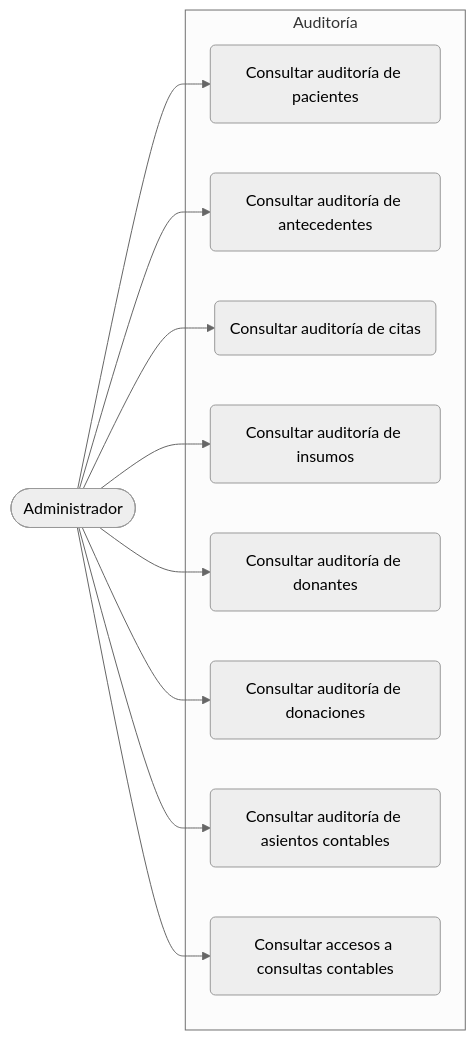
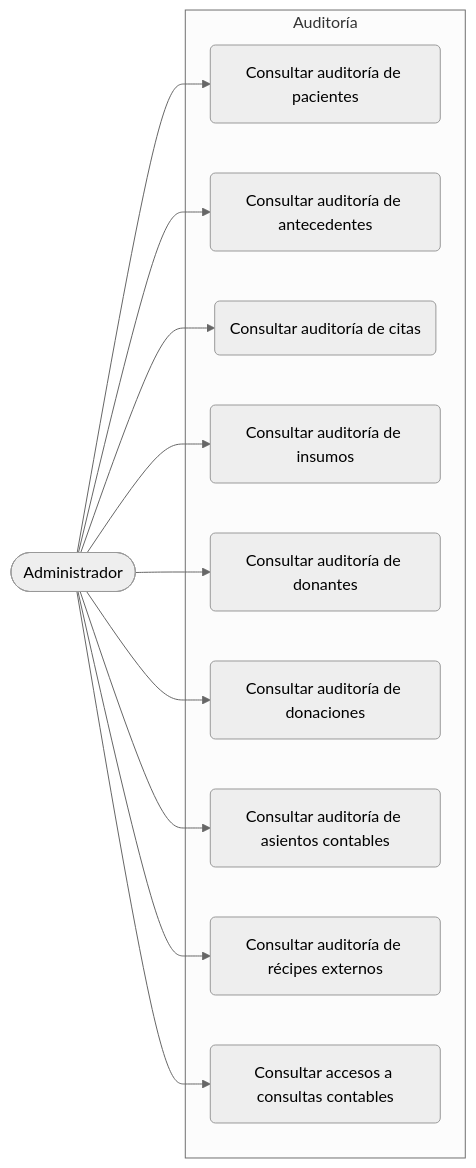
One commit to DaikoneKisu/san-martin-de-porres-parish-pharmacy-community-service changed the diagram in docs/per-module/audit/use-cases.mermaid. Above: the diagram before and after it, drawn with Mermaid (neutral theme). The commit also changed 1 other file, not shown here.

Commit message:
chore: update audit use cases and user flows to include external recipe auditing

```diff
--- a/docs/per-module/audit/use-cases.mermaid
+++ b/docs/per-module/audit/use-cases.mermaid
@@ -1,15 +1,16 @@
 flowchart LR
   ADM([Administrador])
 
   subgraph Auditoría
     UA1(Consultar auditoría de pacientes)
     UA2(Consultar auditoría de antecedentes)
     UA3(Consultar auditoría de citas)
     UA4(Consultar auditoría de insumos)
     UA5(Consultar auditoría de donantes)
     UA6(Consultar auditoría de donaciones)
     UA7(Consultar auditoría de asientos contables)
-    UA8(Consultar accesos a consultas contables)
+    UA8(Consultar auditoría de récipes externos)
+    UA9(Consultar accesos a consultas contables)
   end
 
-  ADM --> UA1 & UA2 & UA3 & UA4 & UA5 & UA6 & UA7 & UA8
+  ADM --> UA1 & UA2 & UA3 & UA4 & UA5 & UA6 & UA7 & UA8 & UA9
```
